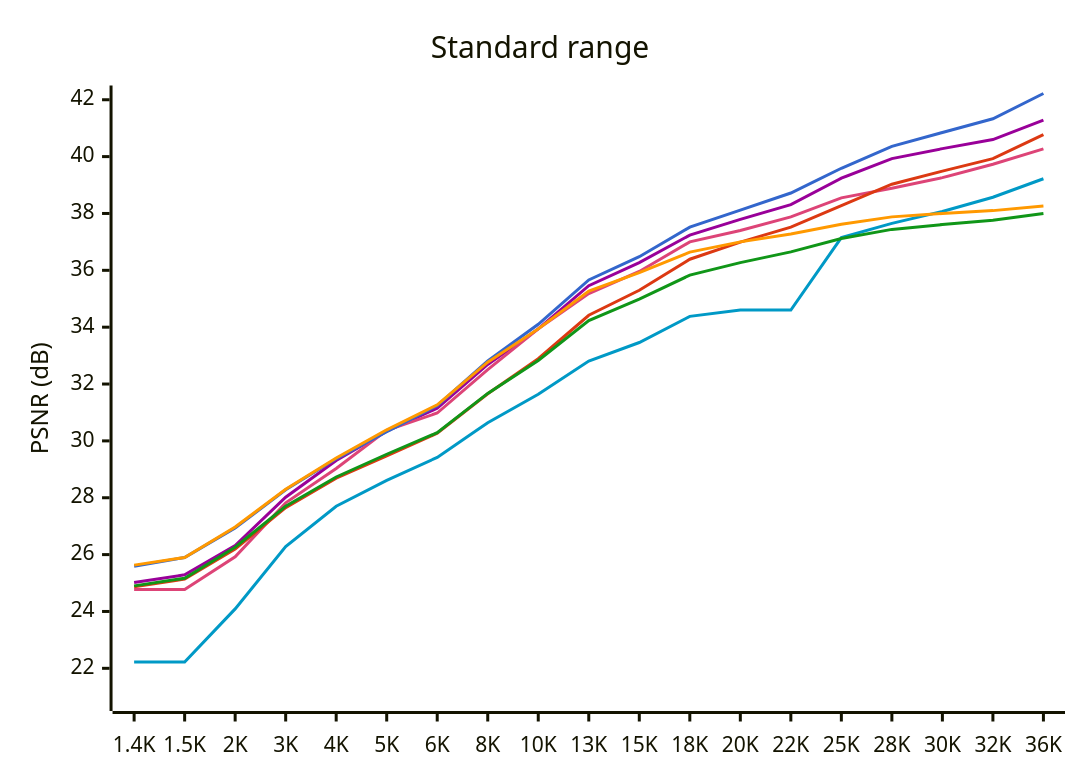
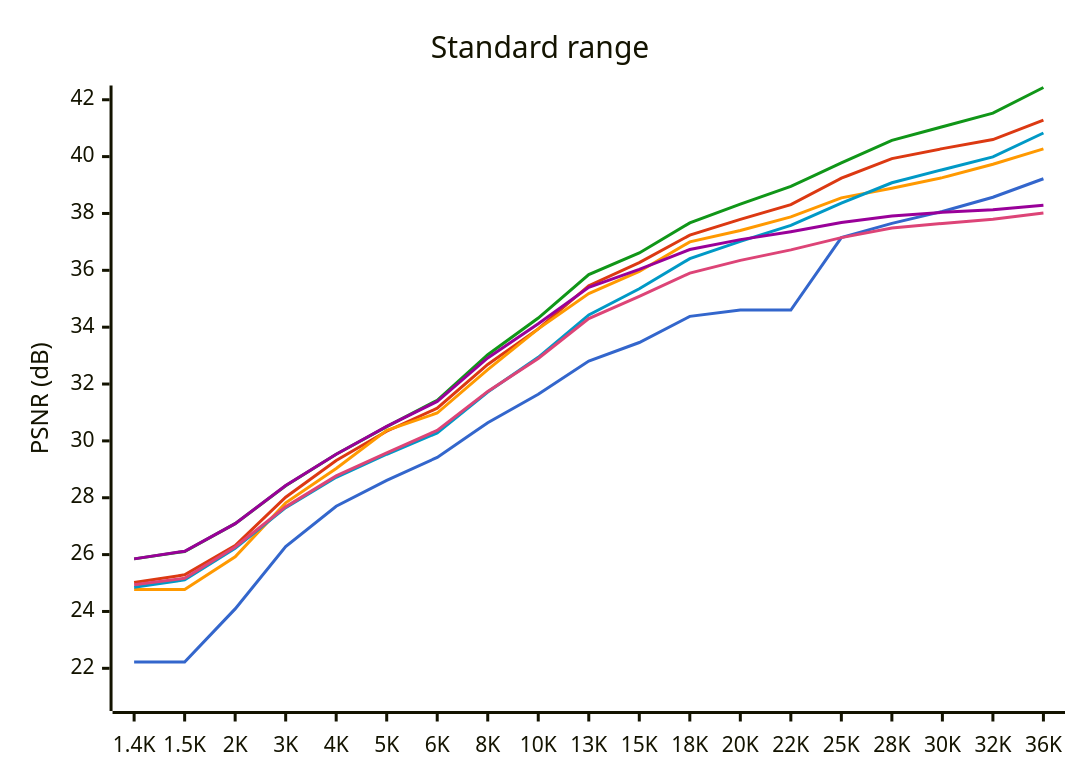
One commit to lieff/miniwtpc changed the second of 2 diagrams in results.md. Above: the diagram before and after it, drawn with Mermaid. The commit also changed other lines of this file and 54 other files, not shown here.

````diff
--- a/results.md
+++ b/results.md
@@ -28,14 +28,14 @@
 ```mermaid
-%%{init: {"themeVariables": {"xyChart": {"plotColorPalette": "#0099c6, #990099, #dd4477, #3366cc, #dc3912, #ff9900, #109618"}}}}%%
+%%{init: {"themeVariables": {"xyChart": {"plotColorPalette": "#3366cc, #dc3912, #ff9900, #109618, #0099c6, #990099, #dd4477"}}}}%%
 xychart-beta
     title "Standard range"
     y-axis "PSNR (dB)" 21 --> 42
     x-axis ["1.4K", "1.5K", "2K", "3K", "4K", "5K", "6K", "8K", "10K", "13K", "15K", "18K", "20K", "22K", "25K", "28K", "30K", "32K", "36K"]
     line "JPEG" [22.22, 22.22, 24.09, 26.28, 27.70, 28.61, 29.42, 30.64, 31.64, 32.81, 33.46, 34.38, 34.60, 34.60, 37.15, 37.65, 38.07, 38.57, 39.22]
     line "JPEG2000" [25.02, 25.29, 26.32, 28.02, 29.31, 30.34, 31.15, 32.69, 33.94, 35.46, 36.27, 37.24, 37.79, 38.31, 39.24, 39.93, 40.28, 40.60, 41.28]
     line "JPEGXL" [24.77, 24.77, 25.92, 27.82, 29.03, 30.37, 30.98, 32.51, 33.94, 35.18, 35.96, 37.00, 37.40, 37.88, 38.55, 38.89, 39.26, 39.73, 40.27]
-    line "WTPC EBC" [25.59, 25.90, 26.94, 28.28, 29.37, 30.32, 31.24, 32.81, 34.10, 35.66, 36.48, 37.52, 38.12, 38.72, 39.59, 40.36, 40.85, 41.33, 42.22]
-    line "WTPC Huff" [24.87, 25.14, 26.20, 27.65, 28.69, 29.47, 30.27, 31.66, 32.89, 34.42, 35.30, 36.39, 36.99, 37.52, 38.28, 39.03, 39.49, 39.93, 40.77]
-    line "W420 EBC" [25.63, 25.90, 26.97, 28.30, 29.40, 30.39, 31.27, 32.77, 33.94, 35.27, 35.92, 36.64, 37.00, 37.28, 37.62, 37.88, 38.00, 38.10, 38.26]
-    line "W420 Huff" [24.90, 25.17, 26.26, 27.70, 28.73, 29.53, 30.29, 31.67, 32.83, 34.23, 34.99, 35.83, 36.27, 36.65, 37.12, 37.44, 37.61, 37.76, 38.00]
+    line "WTPC EBC" [25.85, 26.11, 27.09, 28.42, 29.53, 30.50, 31.43, 33.03, 34.32, 35.85, 36.61, 37.67, 38.33, 38.95, 39.78, 40.57, 41.05, 41.53, 42.43]
+    line "WTPC Huff" [24.85, 25.11, 26.22, 27.65, 28.72, 29.53, 30.28, 31.72, 32.94, 34.43, 35.35, 36.41, 37.02, 37.58, 38.36, 39.08, 39.54, 39.99, 40.83]
+    line "W420 EBC" [25.85, 26.12, 27.09, 28.43, 29.53, 30.51, 31.39, 32.92, 34.12, 35.40, 36.03, 36.73, 37.08, 37.36, 37.68, 37.91, 38.04, 38.13, 38.29]
+    line "W420 Huff" [24.94, 25.17, 26.27, 27.68, 28.77, 29.58, 30.37, 31.74, 32.90, 34.30, 35.08, 35.90, 36.35, 36.72, 37.15, 37.49, 37.65, 37.80, 38.02]
 ```
````
